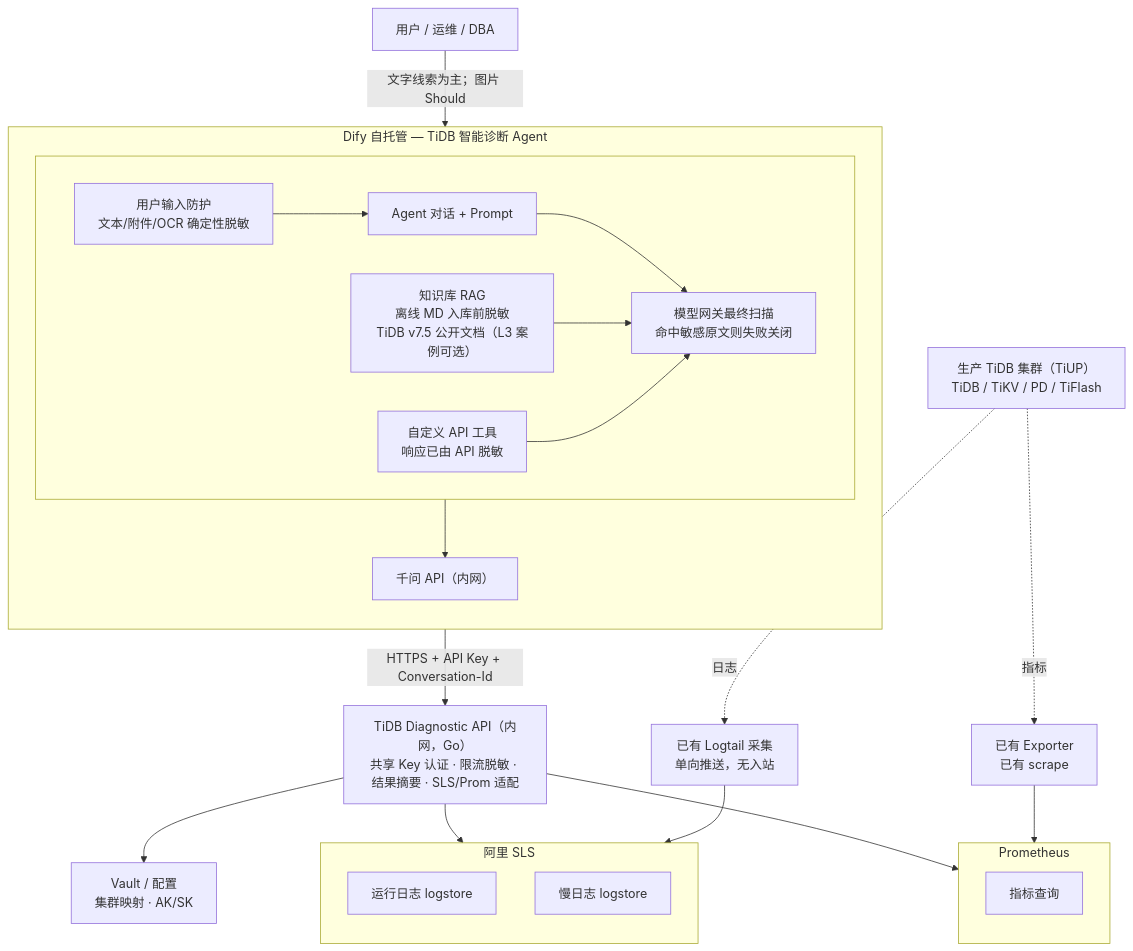
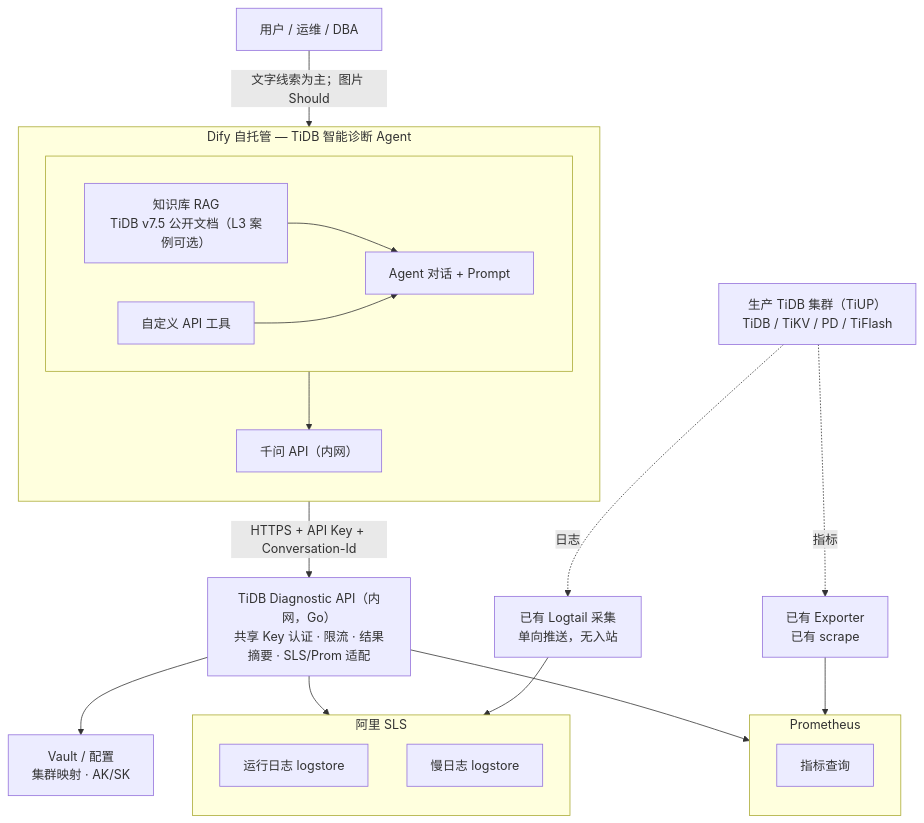
The first of 10 diagrams in docs/tidb-diag-agent-technical-design.md (yangzhengjie/tidb-diag), drawn with Mermaid before and after one commit. The commit also changed other lines of this file and 1 other file, not shown here.

````diff
--- a/docs/tidb-diag-agent-technical-design.md
+++ b/docs/tidb-diag-agent-technical-design.md
@@ -14,50 +14,46 @@
 ```mermaid
 flowchart TB
     User["用户 / 运维 / DBA"]
 
     subgraph DifyLayer["Dify 自托管 — TiDB 智能诊断 Agent"]
         direction TB
         subgraph DifyModules[" "]
             direction LR
-            Guard["用户输入防护<br/>文本/附件/OCR 确定性脱敏"]
             Agent["Agent 对话 + Prompt"]
-            RAG["知识库 RAG<br/>离线 MD 入库前脱敏<br/>TiDB v7.5 公开文档（L3 案例可选）"]
-            Tools["自定义 API 工具<br/>响应已由 API 脱敏"]
-            ModelGuard["模型网关最终扫描<br/>命中敏感原文则失败关闭"]
+            RAG["知识库 RAG<br/>TiDB v7.5 公开文档（L3 案例可选）"]
+            Tools["自定义 API 工具"]
         end
-        Guard --> Agent
-        Agent --> ModelGuard
-        RAG --> ModelGuard
-        Tools --> ModelGuard
-        ModelGuard --> Qwen
+        Agent --> Qwen
+        RAG --> Agent
+        Tools --> Agent
         Qwen["千问 API（内网）"]
     end
 
-    API["TiDB Diagnostic API（内网，Go）<br/>共享 Key 认证 · 限流脱敏 · 结果摘要 · SLS/Prom 适配"]
+    API["TiDB Diagnostic API（内网，Go）<br/>共享 Key 认证 · 限流 · 结果摘要 · SLS/Prom 适配"]
 
     subgraph SLSLayer["阿里 SLS"]
         direction TB
         Runtime["运行日志 logstore"]
         Slow["慢日志 logstore"]
     end
 
     subgraph PromLayer["Prometheus"]
         direction TB
         Metrics["指标查询"]
     end
 
     Vault["Vault / 配置<br/>集群映射 · AK/SK"]
     Logtail["已有 Logtail 采集<br/>单向推送，无入站"]
     Exporter["已有 Exporter<br/>已有 scrape"]
     Prod["生产 TiDB 集群（TiUP）<br/>TiDB / TiKV / PD / TiFlash"]
 
-    User -->|文字线索为主；图片 Should| Guard
+    User -->|文字线索为主；图片 Should| Agent
     DifyLayer -->|HTTPS + API Key + Conversation-Id| API
     API --> SLSLayer
     API --> PromLayer
     API --> Vault
     Prod -.->|日志| Logtail
     Prod -.->|指标| Exporter
     Logtail --> SLSLayer
     Exporter --> PromLayer
 ```
````
